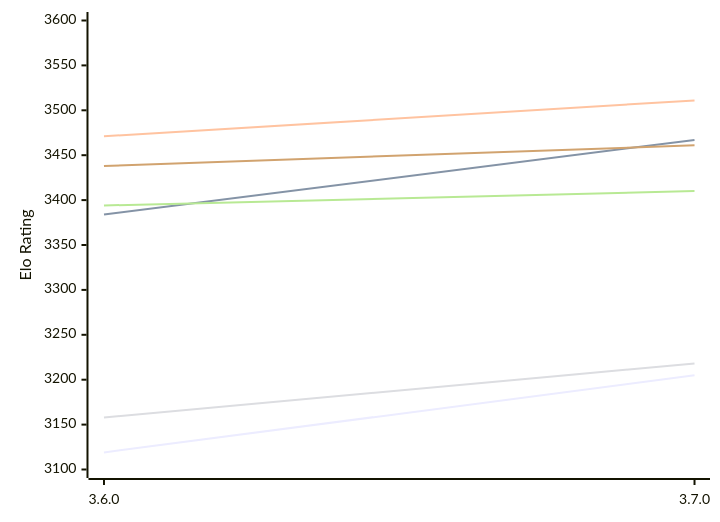
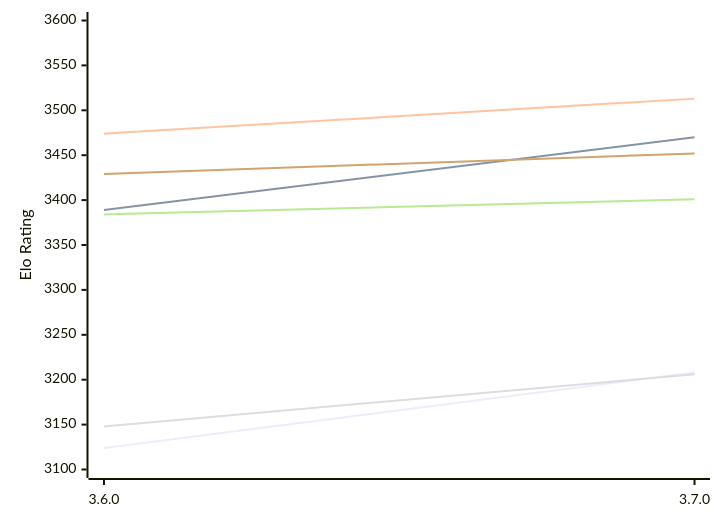
Before and after one commit to computer-chess-index/cci: the diagram in engines/Simplechess.md, drawn with Mermaid. The commit also changed other lines of this file, not shown here.

Commit message:
Update CCI Ratings (ELO VLTC) - 2026-11-15

````diff
--- a/engines/Simplechess.md
+++ b/engines/Simplechess.md
@@ -49,12 +49,12 @@
 ```mermaid
 %%{init: {"theme":"base","themeVariables":{"seriesColors:['#a3a3a3','#222221','#faa371']}}}%%
 xychart-beta
   x-axis ["3.6.0", "3.7.0"]
   y-axis "Elo Rating" 3100 --> 3600
-  line "E1: STC (8.0+0.08s)" [3119, 3205]
-  line "E1: LTC (60.0+0.60s)" [3384, 3467]
-  line "E1: VLTC (2m24s+1.12s)" [3471, 3511]
-  line "P1: STC (8.0+0.08s)" [3158, 3218]
-  line "P1: LTC (60.0+0.60s)" [3394, 3410]
-  line "P1: VLTC (2m24s+1.12s)" [3438, 3461]
+  line "E1: STC (8.0+0.08s)" [3124, 3208]
+  line "E1: LTC (60.0+0.60s)" [3389, 3470]
+  line "E1: VLTC (2m24s+1.12s)" [3474, 3513]
+  line "P1: STC (8.0+0.08s)" [3148, 3206]
+  line "P1: LTC (60.0+0.60s)" [3384, 3401]
+  line "P1: VLTC (2m24s+1.12s)" [3429, 3452]
 ```
````
